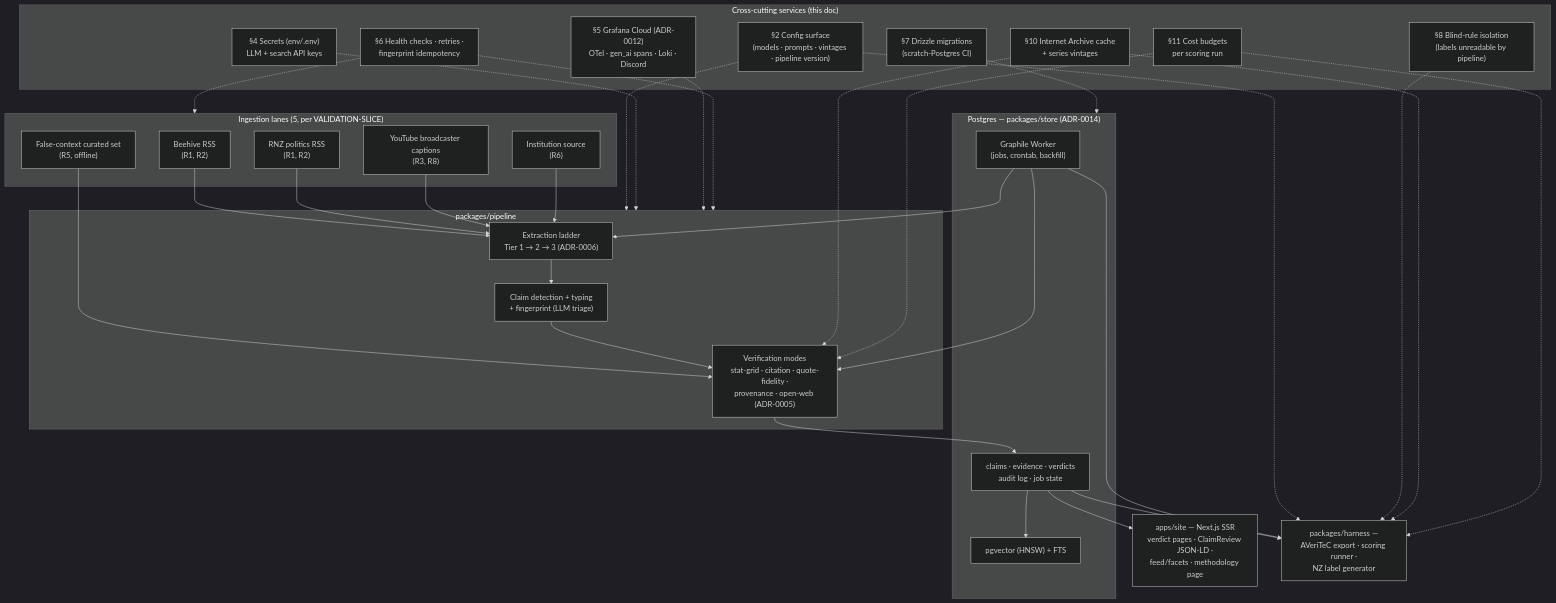
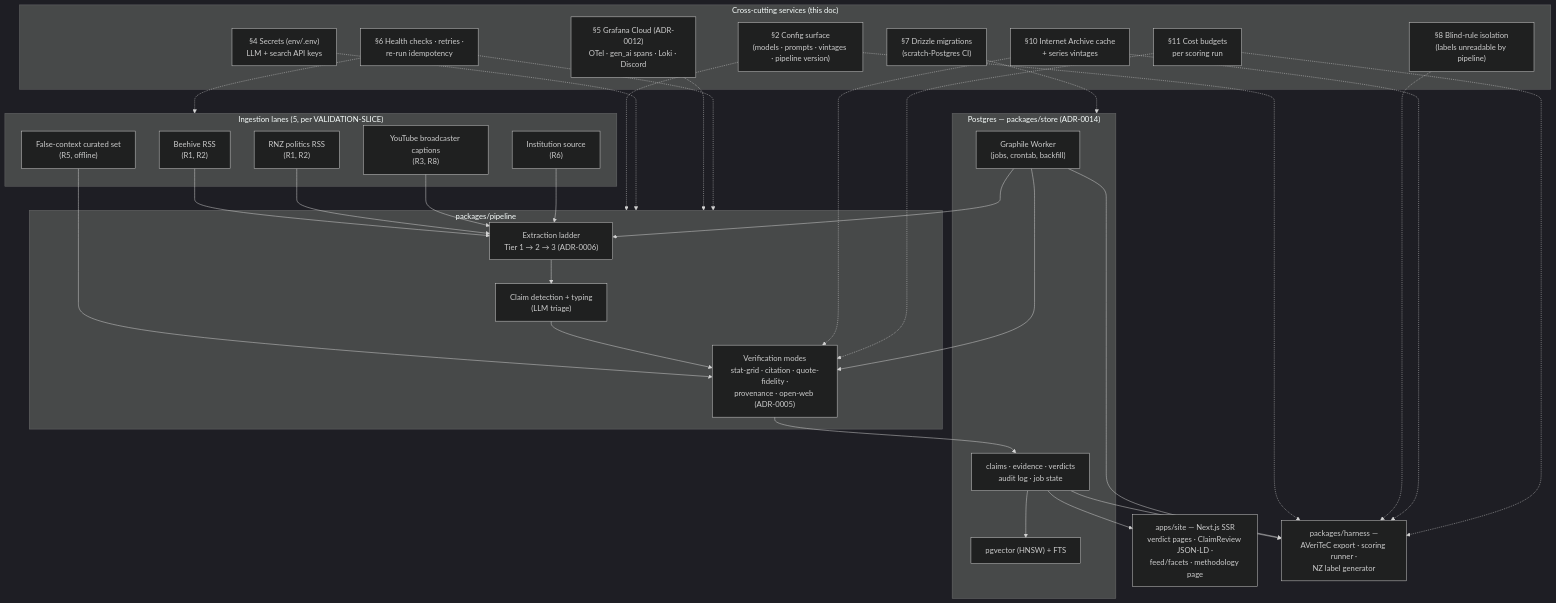
One commit to bradleyscott/claimwatch-nz changed the diagram in docs/design/CROSS-CUTTING.md. Above: the diagram before and after it, drawn with Mermaid (dark theme). The commit also changed other lines of this file and 27 other files, not shown here.

````diff
--- a/docs/design/CROSS-CUTTING.md
+++ b/docs/design/CROSS-CUTTING.md
@@ -9,63 +9,63 @@
 ```mermaid
 flowchart TB
     subgraph LANES["Ingestion lanes (5, per VALIDATION-SLICE)"]
         BEEHIVE["Beehive RSS<br/>(R1, R2)"]
         RNZ["RNZ politics RSS<br/>(R1, R2)"]
         YT["YouTube broadcaster captions<br/>(R3, R8)"]
         INST["Institution source<br/>(R6)"]
         FC["False-context curated set<br/>(R5, offline)"]
     end
 
     subgraph PIPE["packages/pipeline"]
         LADDER["Extraction ladder<br/>Tier 1 → 2 → 3 (ADR-0006)"]
-        TRIAGE["Claim detection + typing<br/>+ fingerprint (LLM triage)"]
+        TRIAGE["Claim detection + typing<br/>(LLM triage)"]
         MODES["Verification modes<br/>stat-grid · citation · quote-fidelity ·<br/>provenance · open-web (ADR-0005)"]
     end
 
     subgraph STORE["Postgres — packages/store (ADR-0014)"]
         CLAIMS["claims · evidence · verdicts<br/>audit log · job state"]
         IDX["pgvector (HNSW) + FTS"]
         CRON["Graphile Worker<br/>(jobs, crontab, backfill)"]
     end
 
     SITE["apps/site — Next.js SSR<br/>verdict pages · ClaimReview JSON-LD ·<br/>feed/facets · methodology page"]
     HARNESS["packages/harness —<br/>AVeriTeC export · scoring runner ·<br/>NZ label generator"]
 
     subgraph XCROSS["Cross-cutting services (this doc)"]
         CONFIG["§2 Config surface<br/>(models · prompts · vintages · pipeline version)"]
         SECRETS["§4 Secrets (env/.env)<br/>LLM + search API keys"]
         GRAF["§5 Grafana Cloud (ADR-0012)<br/>OTel · gen_ai spans · Loki · Discord"]
-        ERRH["§6 Health checks · retries ·<br/>fingerprint idempotency"]
+        ERRH["§6 Health checks · retries ·<br/>re-run idempotency"]
         MIGR["§7 Drizzle migrations<br/>(scratch-Postgres CI)"]
         BLIND["§8 Blind-rule isolation<br/>(labels unreadable by pipeline)"]
         ARCHIVE["§10 Internet Archive cache<br/>+ series vintages"]
         BUDGET["§11 Cost budgets<br/>per scoring run"]
     end
 
     BEEHIVE --> LADDER
     RNZ --> LADDER
     YT --> LADDER
     INST --> LADDER
     FC --> MODES
     LADDER --> TRIAGE --> MODES
     MODES --> CLAIMS
     CLAIMS --> IDX
     CLAIMS --> SITE
     CLAIMS --> HARNESS
     CRON --> LADDER
     CRON --> MODES
     CRON --> HARNESS
 
     CONFIG -.-> PIPE
     CONFIG -.-> HARNESS
     SECRETS -.-> PIPE
     GRAF -.-> PIPE
     ERRH -.-> LANES
     ERRH -.-> PIPE
     MIGR -.-> STORE
     BLIND -.-> HARNESS
     ARCHIVE -.-> MODES
     ARCHIVE -.-> HARNESS
     BUDGET -.-> HARNESS
     BUDGET -.-> MODES
 ```
````
